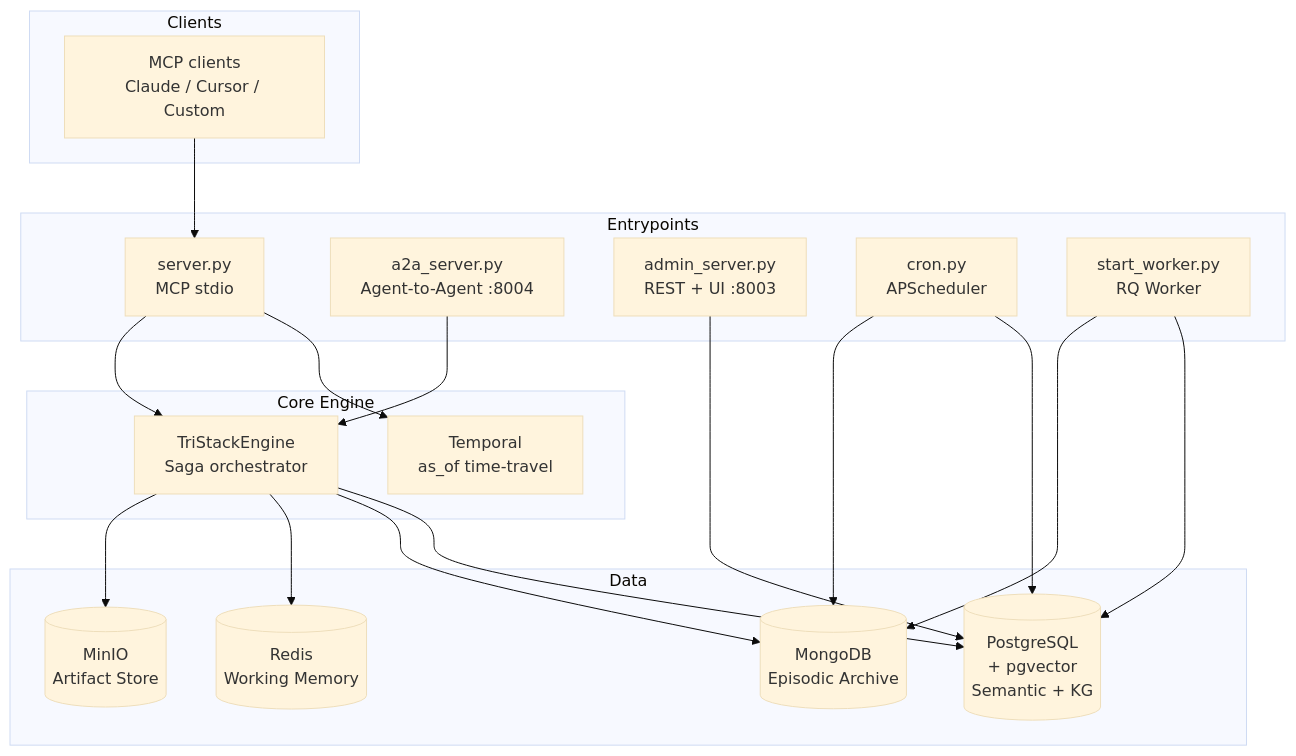
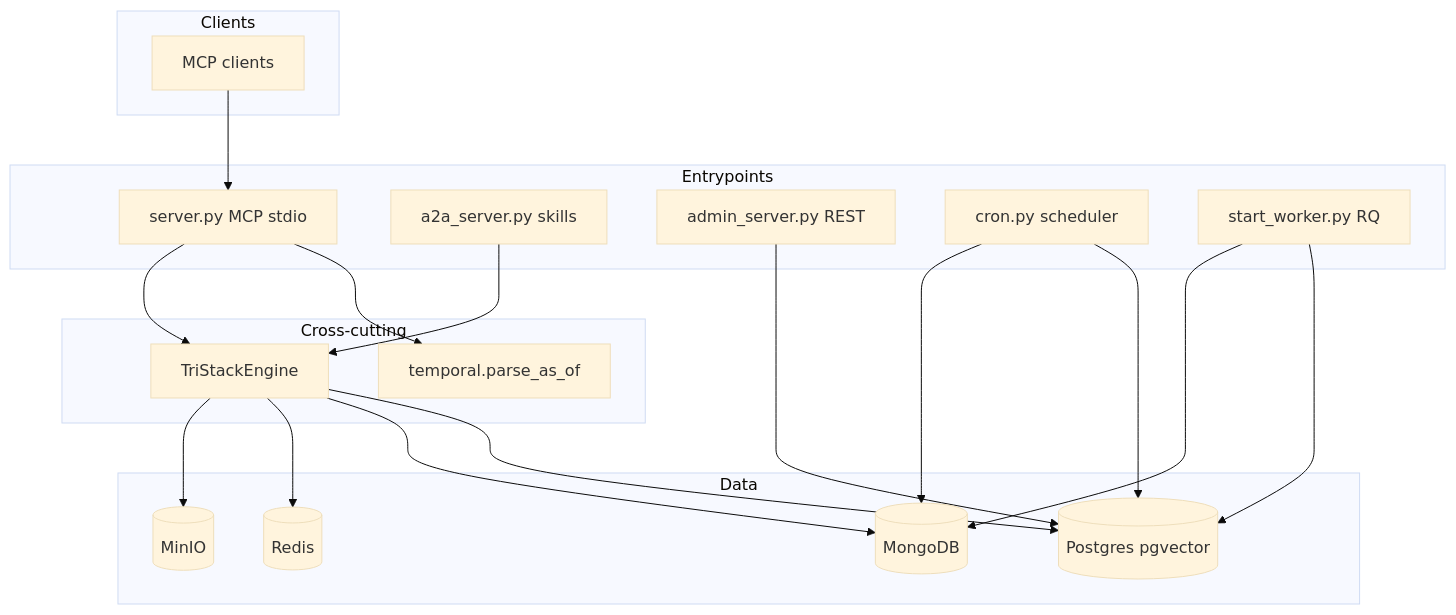
One commit to sindrehaugen/TriMCP changed the diagram in README.md. Above: the diagram before and after it, drawn with Mermaid (base theme). The commit also changed other lines of this file and 296 other files, not shown here.

First line of the commit message:
feat: Harden TriMCP and keep internal planning docs local

````diff
--- a/README.md
+++ b/README.md
@@ -91,36 +20,36 @@
 ```mermaid
 flowchart TB
   subgraph Clients
-    IDE[MCP clients\nClaude / Cursor / Custom]
+    IDE[MCP clients]
   end
   subgraph Entrypoints
-    STDIO[server.py\nMCP stdio]
-    A2A[a2a_server.py\nAgent-to-Agent :8004]
-    ADM[admin_server.py\nREST + UI :8003]
-    CRON[cron.py\nAPScheduler]
-    RQ[start_worker.py\nRQ Worker]
-  end
-  subgraph Core["Core Engine"]
-    TMP["Temporal\nas_of time-travel"]
-    TSE[TriStackEngine\nSaga orchestrator]
+    STDIO[server.py MCP stdio]
+    A2A[a2a_server.py skills]
+    ADM[admin_server.py REST]
+    CRON[cron.py scheduler]
+    RQ[start_worker.py RQ]
   end
   subgraph Data
-    PG[(PostgreSQL\n+ pgvector\nSemantic + KG)]
-    MG[(MongoDB\nEpisodic Archive)]
-    RD[(Redis\nWorking Memory)]
-    S3[(MinIO\nArtifact Store)]
+    PG[(Postgres pgvector)]
+    MG[(MongoDB)]
+    RD[(Redis)]
+    S3[(MinIO)]
+  end
+  subgraph Cross_cutting["Cross-cutting"]
+    TMP["temporal.parse_as_of"]
+    TSE[TriStackEngine]
   end
   IDE --> STDIO
   STDIO --> TMP
   STDIO --> TSE
   A2A --> TSE
   ADM --> PG
   TSE --> PG
   TSE --> MG
   TSE --> RD
   TSE --> S3
   RQ --> PG
   RQ --> MG
   CRON --> PG
   CRON --> MG
 ```
````
